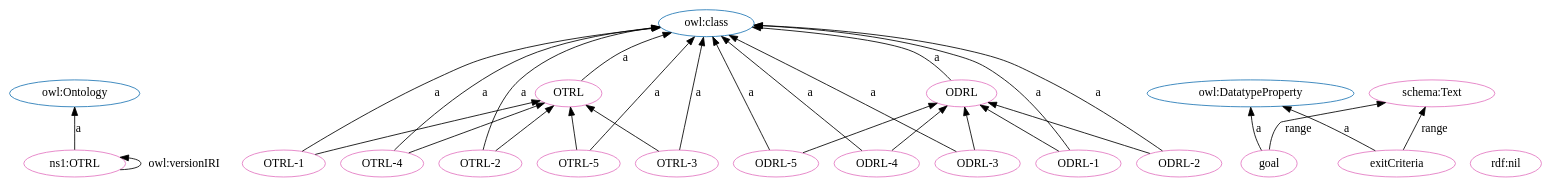
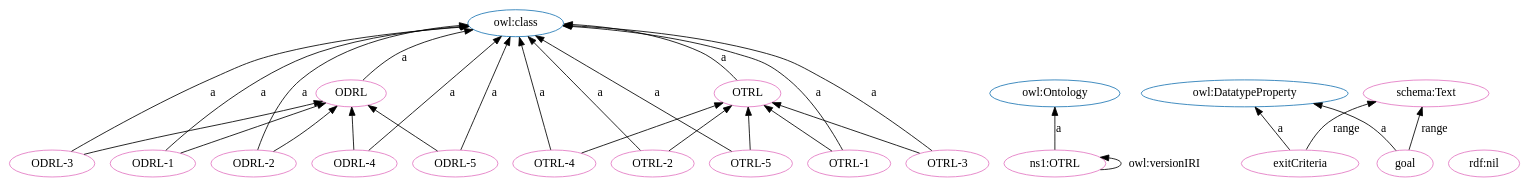
Before and after one commit to OPEN-NEXT/OKH-LOSH: the diagram in OTRL.dot, drawn with Graphviz. The commit also changed other lines of this file and 17 other files, not shown here.

```diff
--- a/OTRL.dot
+++ b/OTRL.dot
@@ -1,54 +1,54 @@
 digraph G {
   rankdir=BT
   node[height=.3]
+"http://purl.org/oseg/ontologies/OTRL#ODRL" [fillcolor="#1f77b4" color="#1f77b4" label="ODRL"]
 "http://www.w3.org/2002/07/owl#Ontology" [fillcolor="#1f77b4" color="#1f77b4" label="owl:Ontology"]
+"http://www.w3.org/2002/07/owl#class" [fillcolor="#1f77b4" color="#1f77b4" label="owl:class"]
+"http://www.w3.org/2002/07/owl#DatatypeProperty" [fillcolor="#1f77b4" color="#1f77b4" label="owl:DatatypeProperty"]
 "http://purl.org/oseg/ontologies/OTRL#OTRL" [fillcolor="#1f77b4" color="#1f77b4" label="OTRL"]
-"http://purl.org/oseg/ontologies/OTRL#ODRL" [fillcolor="#1f77b4" color="#1f77b4" label="ODRL"]
-"http://www.w3.org/2002/07/owl#DatatypeProperty" [fillcolor="#1f77b4" color="#1f77b4" label="owl:DatatypeProperty"]
-"http://www.w3.org/2002/07/owl#class" [fillcolor="#1f77b4" color="#1f77b4" label="owl:class"]
-"http://purl.org/oseg/ontologies/OTRL#OTRL" [fillcolor="#e377c2" color="#e377c2" label="OTRL"]
 "http://purl.org/oseg/ontologies/OTRL#ODRL" [fillcolor="#e377c2" color="#e377c2" label="ODRL"]
 "http://purl.org/oseg/ontologies/OTRL" [fillcolor="#e377c2" color="#e377c2" label="ns1:OTRL"]
-"http://www.w3.org/1999/02/22-rdf-syntax-ns#nil" [fillcolor="#e377c2" color="#e377c2" label="rdf:nil"]
-"http://purl.org/oseg/ontologies/OTRL#ODRL-4" [fillcolor="#e377c2" color="#e377c2" label="ODRL-4"]
-"http://purl.org/oseg/ontologies/OTRL#ODRL-5" [fillcolor="#e377c2" color="#e377c2" label="ODRL-5"]
+"http://purl.org/oseg/ontologies/OTRL#exitCriteria" [fillcolor="#e377c2" color="#e377c2" label="exitCriteria"]
+"http://purl.org/oseg/ontologies/OTRL#OTRL-2" [fillcolor="#e377c2" color="#e377c2" label="OTRL-2"]
+"http://purl.org/oseg/ontologies/OTRL#ODRL-1" [fillcolor="#e377c2" color="#e377c2" label="ODRL-1"]
+"http://purl.org/oseg/ontologies/OTRL#ODRL-3" [fillcolor="#e377c2" color="#e377c2" label="ODRL-3"]
+"http://purl.org/oseg/ontologies/OTRL#OTRL" [fillcolor="#e377c2" color="#e377c2" label="OTRL"]
 "http://purl.org/oseg/ontologies/OTRL#OTRL-4" [fillcolor="#e377c2" color="#e377c2" label="OTRL-4"]
 "http://purl.org/oseg/ontologies/OTRL#goal" [fillcolor="#e377c2" color="#e377c2" label="goal"]
+"http://purl.org/oseg/ontologies/OTRL#ODRL-2" [fillcolor="#e377c2" color="#e377c2" label="ODRL-2"]
+"http://purl.org/oseg/ontologies/OTRL#ODRL-5" [fillcolor="#e377c2" color="#e377c2" label="ODRL-5"]
+"http://purl.org/oseg/ontologies/OTRL#OTRL-5" [fillcolor="#e377c2" color="#e377c2" label="OTRL-5"]
+"http://schema.org/Text" [fillcolor="#e377c2" color="#e377c2" label="schema:Text"]
+"http://purl.org/oseg/ontologies/OTRL#OTRL-3" [fillcolor="#e377c2" color="#e377c2" label="OTRL-3"]
 "http://purl.org/oseg/ontologies/OTRL#OTRL-1" [fillcolor="#e377c2" color="#e377c2" label="OTRL-1"]
-"http://purl.org/oseg/ontologies/OTRL#exitCriteria" [fillcolor="#e377c2" color="#e377c2" label="exitCriteria"]
-"http://purl.org/oseg/ontologies/OTRL#OTRL-2" [fillcolor="#e377c2" color="#e377c2" label="OTRL-2"]
-"http://purl.org/oseg/ontologies/OTRL#ODRL-3" [fillcolor="#e377c2" color="#e377c2" label="ODRL-3"]
-"http://purl.org/oseg/ontologies/OTRL#ODRL-2" [fillcolor="#e377c2" color="#e377c2" label="ODRL-2"]
-"http://schema.org/Text" [fillcolor="#e377c2" color="#e377c2" label="schema:Text"]
-"http://purl.org/oseg/ontologies/OTRL#ODRL-1" [fillcolor="#e377c2" color="#e377c2" label="ODRL-1"]
-"http://purl.org/oseg/ontologies/OTRL#OTRL-3" [fillcolor="#e377c2" color="#e377c2" label="OTRL-3"]
-"http://purl.org/oseg/ontologies/OTRL#OTRL-5" [fillcolor="#e377c2" color="#e377c2" label="OTRL-5"]
-  "http://purl.org/oseg/ontologies/OTRL" -> "http://purl.org/oseg/ontologies/OTRL" [label="owl:versionIRI"]
-  "http://purl.org/oseg/ontologies/OTRL#ODRL-5" -> "http://purl.org/oseg/ontologies/OTRL#ODRL" [label=""]
-  "http://purl.org/oseg/ontologies/OTRL#OTRL-4" -> "http://www.w3.org/2002/07/owl#class" [label="a"]
+"http://purl.org/oseg/ontologies/OTRL#ODRL-4" [fillcolor="#e377c2" color="#e377c2" label="ODRL-4"]
+"http://www.w3.org/1999/02/22-rdf-syntax-ns#nil" [fillcolor="#e377c2" color="#e377c2" label="rdf:nil"]
+  "http://purl.org/oseg/ontologies/OTRL" -> "http://www.w3.org/2002/07/owl#Ontology" [label="a"]
+  "http://purl.org/oseg/ontologies/OTRL#OTRL-2" -> "http://www.w3.org/2002/07/owl#class" [label="a"]
+  "http://purl.org/oseg/ontologies/OTRL#ODRL-1" -> "http://www.w3.org/2002/07/owl#class" [label="a"]
+  "http://purl.org/oseg/ontologies/OTRL#ODRL-2" -> "http://www.w3.org/2002/07/owl#class" [label="a"]
   "http://purl.org/oseg/ontologies/OTRL#ODRL-3" -> "http://purl.org/oseg/ontologies/OTRL#ODRL" [label=""]
-  "http://purl.org/oseg/ontologies/OTRL#OTRL-2" -> "http://www.w3.org/2002/07/owl#class" [label="a"]
   "http://purl.org/oseg/ontologies/OTRL#OTRL-1" -> "http://purl.org/oseg/ontologies/OTRL#OTRL" [label=""]
-  "http://purl.org/oseg/ontologies/OTRL#ODRL-2" -> "http://www.w3.org/2002/07/owl#class" [label="a"]
+  "http://purl.org/oseg/ontologies/OTRL#OTRL-1" -> "http://www.w3.org/2002/07/owl#class" [label="a"]
+  "http://purl.org/oseg/ontologies/OTRL#ODRL-4" -> "http://www.w3.org/2002/07/owl#class" [label="a"]
+  "http://purl.org/oseg/ontologies/OTRL#OTRL-4" -> "http://purl.org/oseg/ontologies/OTRL#OTRL" [label=""]
+  "http://purl.org/oseg/ontologies/OTRL#goal" -> "http://schema.org/Text" [label="range"]
+  "http://purl.org/oseg/ontologies/OTRL#ODRL" -> "http://www.w3.org/2002/07/owl#class" [label="a"]
   "http://purl.org/oseg/ontologies/OTRL#ODRL-2" -> "http://purl.org/oseg/ontologies/OTRL#ODRL" [label=""]
-  "http://purl.org/oseg/ontologies/OTRL#OTRL-2" -> "http://purl.org/oseg/ontologies/OTRL#OTRL" [label=""]
-  "http://purl.org/oseg/ontologies/OTRL#goal" -> "http://schema.org/Text" [label="range"]
-  "http://purl.org/oseg/ontologies/OTRL#exitCriteria" -> "http://schema.org/Text" [label="range"]
-  "http://purl.org/oseg/ontologies/OTRL#OTRL-5" -> "http://www.w3.org/2002/07/owl#class" [label="a"]
-  "http://purl.org/oseg/ontologies/OTRL#OTRL-4" -> "http://purl.org/oseg/ontologies/OTRL#OTRL" [label=""]
-  "http://purl.org/oseg/ontologies/OTRL#ODRL-4" -> "http://purl.org/oseg/ontologies/OTRL#ODRL" [label=""]
-  "http://purl.org/oseg/ontologies/OTRL#OTRL-3" -> "http://purl.org/oseg/ontologies/OTRL#OTRL" [label=""]
-  "http://purl.org/oseg/ontologies/OTRL#OTRL-5" -> "http://purl.org/oseg/ontologies/OTRL#OTRL" [label=""]
-  "http://purl.org/oseg/ontologies/OTRL#ODRL-4" -> "http://www.w3.org/2002/07/owl#class" [label="a"]
-  "http://purl.org/oseg/ontologies/OTRL" -> "http://www.w3.org/2002/07/owl#Ontology" [label="a"]
-  "http://purl.org/oseg/ontologies/OTRL#OTRL" -> "http://www.w3.org/2002/07/owl#class" [label="a"]
-  "http://purl.org/oseg/ontologies/OTRL#ODRL-1" -> "http://purl.org/oseg/ontologies/OTRL#ODRL" [label=""]
-  "http://purl.org/oseg/ontologies/OTRL#ODRL-5" -> "http://www.w3.org/2002/07/owl#class" [label="a"]
-  "http://purl.org/oseg/ontologies/OTRL#goal" -> "http://www.w3.org/2002/07/owl#DatatypeProperty" [label="a"]
-  "http://purl.org/oseg/ontologies/OTRL#OTRL-1" -> "http://www.w3.org/2002/07/owl#class" [label="a"]
   "http://purl.org/oseg/ontologies/OTRL#exitCriteria" -> "http://www.w3.org/2002/07/owl#DatatypeProperty" [label="a"]
   "http://purl.org/oseg/ontologies/OTRL#ODRL-3" -> "http://www.w3.org/2002/07/owl#class" [label="a"]
-  "http://purl.org/oseg/ontologies/OTRL#ODRL" -> "http://www.w3.org/2002/07/owl#class" [label="a"]
-  "http://purl.org/oseg/ontologies/OTRL#ODRL-1" -> "http://www.w3.org/2002/07/owl#class" [label="a"]
+  "http://purl.org/oseg/ontologies/OTRL#OTRL-4" -> "http://www.w3.org/2002/07/owl#class" [label="a"]
+  "http://purl.org/oseg/ontologies/OTRL#OTRL-2" -> "http://purl.org/oseg/ontologies/OTRL#OTRL" [label=""]
+  "http://purl.org/oseg/ontologies/OTRL#goal" -> "http://www.w3.org/2002/07/owl#DatatypeProperty" [label="a"]
+  "http://purl.org/oseg/ontologies/OTRL" -> "http://purl.org/oseg/ontologies/OTRL" [label="owl:versionIRI"]
+  "http://purl.org/oseg/ontologies/OTRL#OTRL-3" -> "http://purl.org/oseg/ontologies/OTRL#OTRL" [label=""]
+  "http://purl.org/oseg/ontologies/OTRL#ODRL-5" -> "http://www.w3.org/2002/07/owl#class" [label="a"]
+  "http://purl.org/oseg/ontologies/OTRL#ODRL-4" -> "http://purl.org/oseg/ontologies/OTRL#ODRL" [label=""]
+  "http://purl.org/oseg/ontologies/OTRL#OTRL-5" -> "http://www.w3.org/2002/07/owl#class" [label="a"]
+  "http://purl.org/oseg/ontologies/OTRL#exitCriteria" -> "http://schema.org/Text" [label="range"]
   "http://purl.org/oseg/ontologies/OTRL#OTRL-3" -> "http://www.w3.org/2002/07/owl#class" [label="a"]
+  "http://purl.org/oseg/ontologies/OTRL#ODRL-5" -> "http://purl.org/oseg/ontologies/OTRL#ODRL" [label=""]
+  "http://purl.org/oseg/ontologies/OTRL#OTRL" -> "http://www.w3.org/2002/07/owl#class" [label="a"]
+  "http://purl.org/oseg/ontologies/OTRL#OTRL-5" -> "http://purl.org/oseg/ontologies/OTRL#OTRL" [label=""]
+  "http://purl.org/oseg/ontologies/OTRL#ODRL-1" -> "http://purl.org/oseg/ontologies/OTRL#ODRL" [label=""]
 }
```
